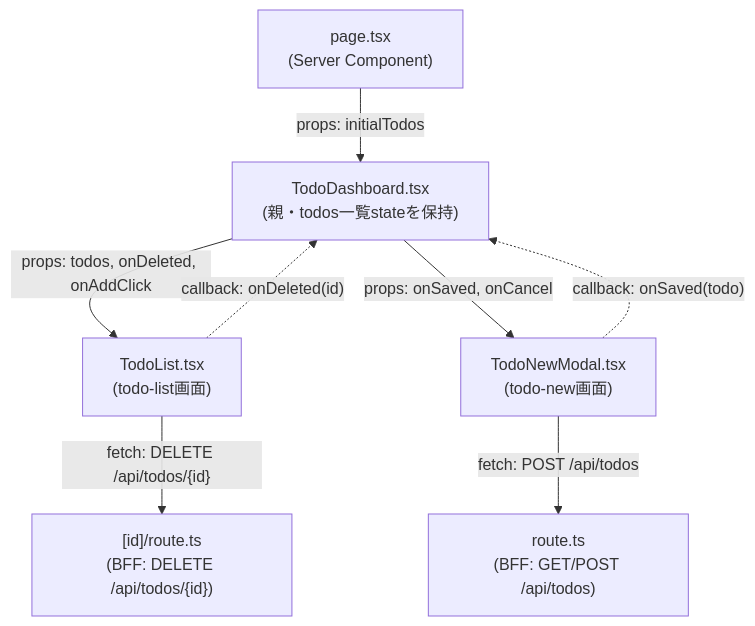
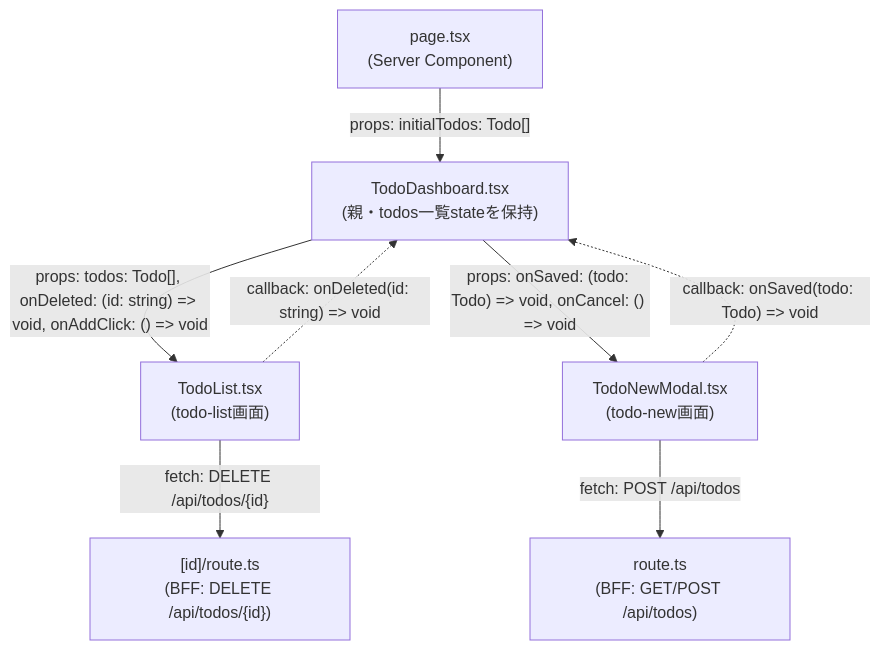
One commit to shimazakis0523/Nextjs-Sample changed the diagram in doc/フロントエンド設計書/業務1_Todoダッシュボード/詳細設計書.md. Above: the diagram before and after it, drawn with Mermaid. The commit also changed other lines of this file and 4 other files, not shown here.

````diff
--- a/doc/フロントエンド設計書/業務1_Todoダッシュボード/詳細設計書.md
+++ b/doc/フロントエンド設計書/業務1_Todoダッシュボード/詳細設計書.md
@@ -20,17 +20,17 @@
 ```mermaid
 flowchart TD
     page["page.tsx<br/>(Server Component)"]
     dashboard["TodoDashboard.tsx<br/>(親・todos一覧stateを保持)"]
     list["TodoList.tsx<br/>(todo-list画面)"]
     modal["TodoNewModal.tsx<br/>(todo-new画面)"]
     postRoute["route.ts<br/>(BFF: GET/POST /api/todos)"]
     idRoute["[id]/route.ts<br/>(BFF: DELETE /api/todos/{id})"]
 
-    page -- "props: initialTodos" --> dashboard
-    dashboard -- "props: todos, onDeleted, onAddClick" --> list
-    dashboard -- "props: onSaved, onCancel" --> modal
-    list -. "callback: onDeleted(id)" .-> dashboard
-    modal -. "callback: onSaved(todo)" .-> dashboard
+    page -- "props: initialTodos: Todo[]" --> dashboard
+    dashboard -- "props: todos: Todo[], onDeleted: (id: string) => void, onAddClick: () => void" --> list
+    dashboard -- "props: onSaved: (todo: Todo) => void, onCancel: () => void" --> modal
+    list -. "callback: onDeleted(id: string) => void" .-> dashboard
+    modal -. "callback: onSaved(todo: Todo) => void" .-> dashboard
     list -- "fetch: DELETE /api/todos/{id}" --> idRoute
     modal -- "fetch: POST /api/todos" --> postRoute
 ```
````
